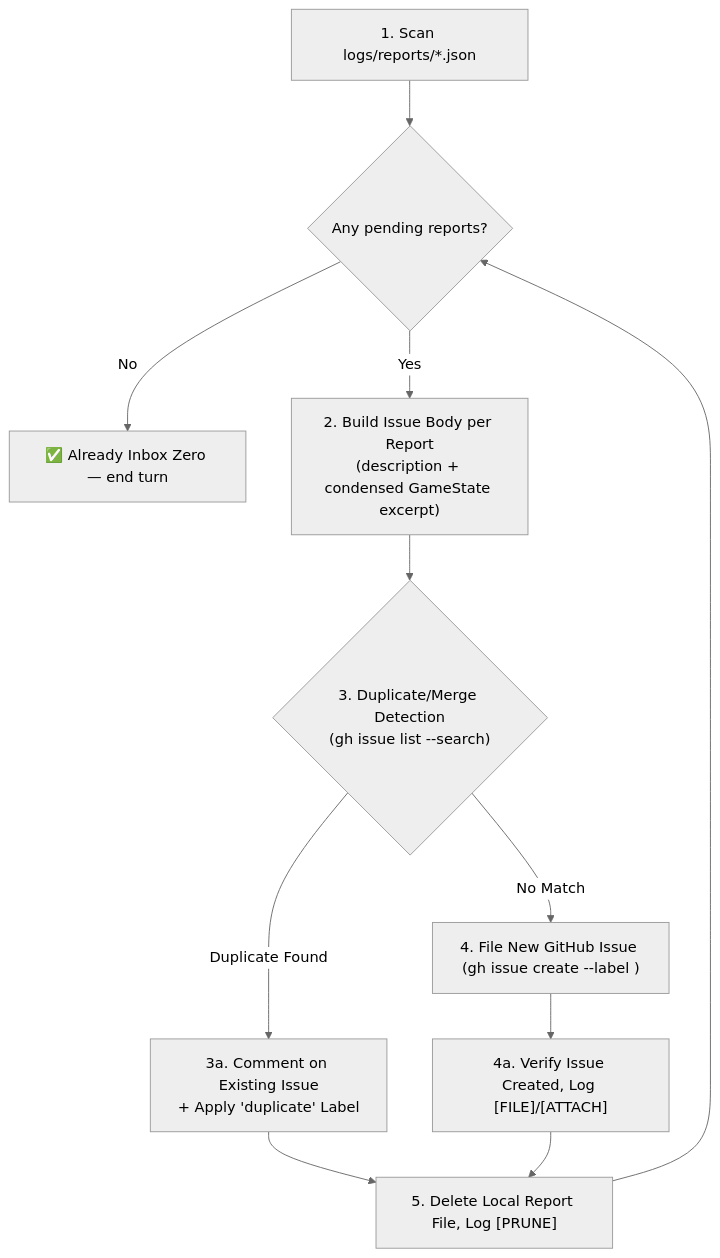
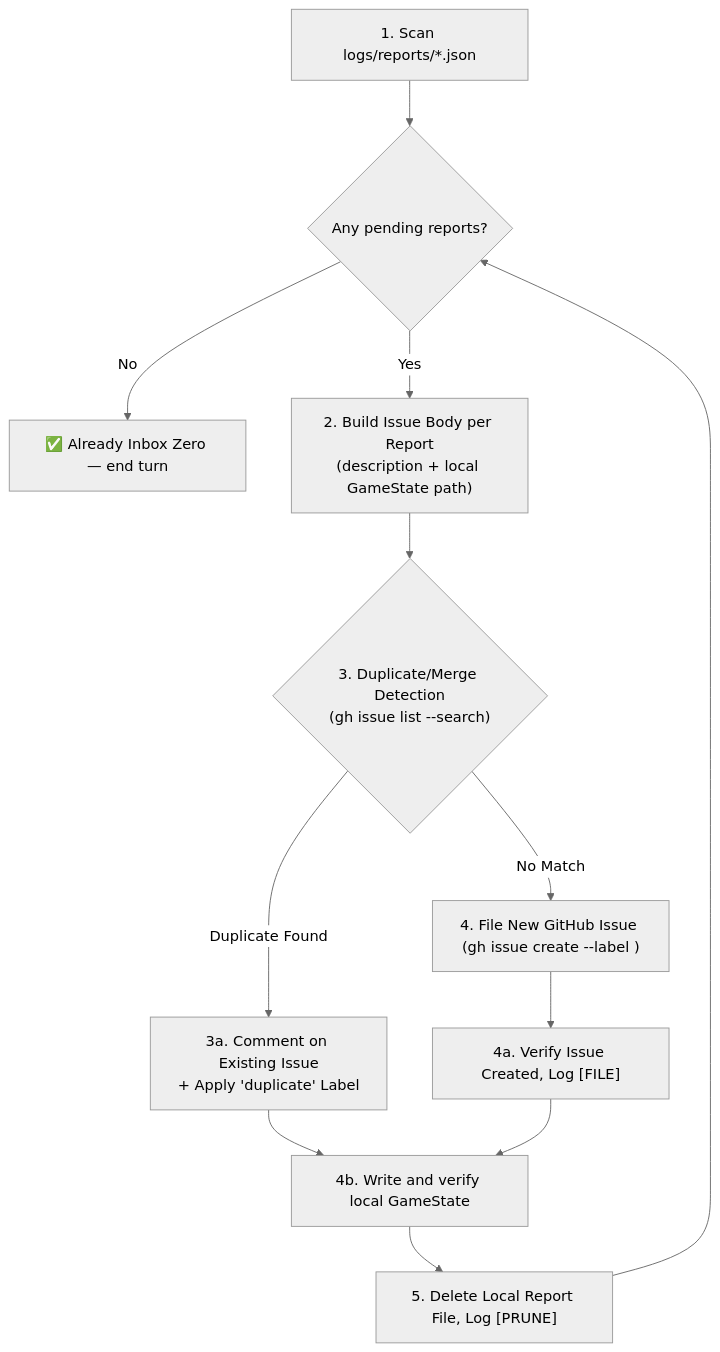
One commit to SteveRodrigue/MCD changed the diagram in .agents/skills/problem-report-triage/SKILL.md. Above: the diagram before and after it, drawn with Mermaid (neutral theme). The commit also changed other lines of this file and 1 other file, not shown here.

Commit message:
chore(tooling): retain Dev Mode GameState locally

````diff
--- a/.agents/skills/problem-report-triage/SKILL.md
+++ b/.agents/skills/problem-report-triage/SKILL.md
@@ -53,13 +53,14 @@
 ```mermaid
 flowchart TD
     S1["1. Scan logs/reports/*.json"] --> S2{"Any pending reports?"}
     S2 -- "No" --> DONE["✅ Already Inbox Zero — end turn"]
-    S2 -- "Yes" --> S3["2. Build Issue Body per Report<br/>(description + condensed GameState excerpt)"]
+    S2 -- "Yes" --> S3["2. Build Issue Body per Report<br/>(description + local GameState path)"]
     S3 --> S3B{"3. Duplicate/Merge Detection<br/>(gh issue list --search)"}
     S3B -- "Duplicate Found" --> M1["3a. Comment on Existing Issue<br/>+ Apply 'duplicate' Label"]
-    M1 --> S6["5. Delete Local Report File, Log [PRUNE]"]
+    M1 --> S4B["4b. Write and verify local GameState"]
     S3B -- "No Match" --> S4["4. File New GitHub Issue (gh issue create --label <labels>)"]
-    S4 --> S5["4a. Verify Issue Created, Log [FILE]/[ATTACH]"]
-    S5 --> S6
+    S4 --> S5["4a. Verify Issue Created, Log [FILE]"]
+    S5 --> S4B
+    S4B --> S6["5. Delete Local Report File, Log [PRUNE]"]
     S6 --> S2
 ```
````
